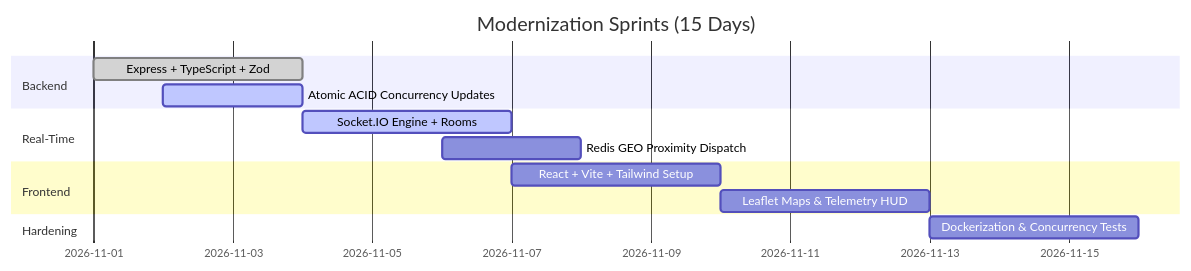
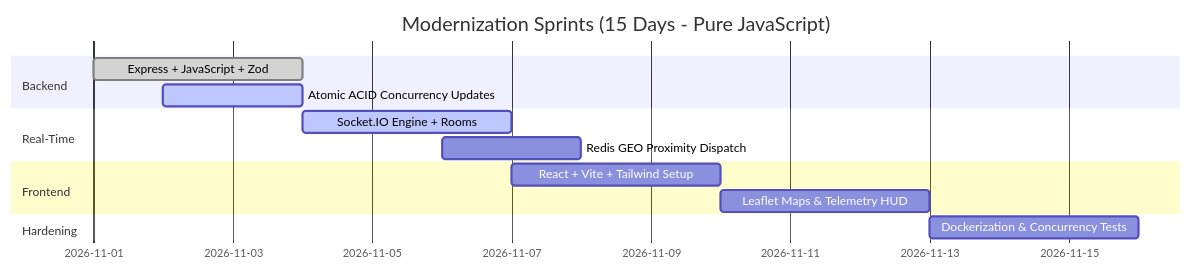
The second of 2 diagrams in TEAM_PLAN.md (aravind5423/CabGo), drawn with Mermaid before and after one commit. The commit also changed other lines of this file and 3 other files, not shown here.

Commit message:
docs: standardize modernization plan on pure modern JavaScript (no TypeScript)

````diff
--- a/TEAM_PLAN.md
+++ b/TEAM_PLAN.md
@@ -75,16 +77,16 @@
 ```mermaid
 gantt
-    title Modernization Sprints (15 Days)
+    title Modernization Sprints (15 Days - Pure JavaScript)
     dateFormat  YYYY-MM-DD
     section Backend
-    Express + TypeScript + Zod       :done,    des1, 2026-11-01, 3d
+    Express + JavaScript + Zod       :done,    des1, 2026-11-01, 3d
     Atomic ACID Concurrency Updates  :active,  des2, 2026-11-02, 2d
     section Real-Time
     Socket.IO Engine + Rooms         :active,  des3, 2026-11-04, 3d
     Redis GEO Proximity Dispatch     :         des4, 2026-11-06, 2d
     section Frontend
     React + Vite + Tailwind Setup    :         des5, 2026-11-07, 3d
     Leaflet Maps & Telemetry HUD     :         des6, 2026-11-10, 3d
     section Hardening
     Dockerization & Concurrency Tests:         des7, 2026-11-13, 3d
 ```
````
